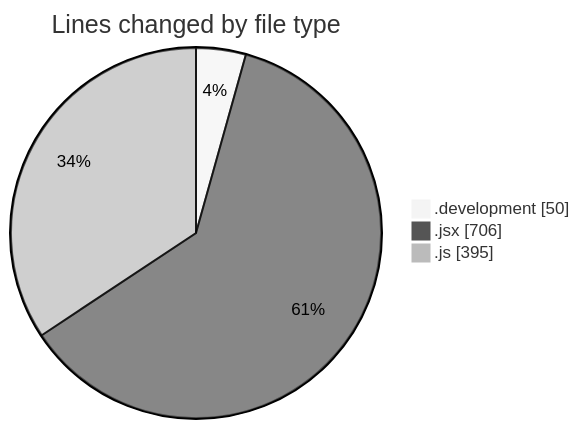
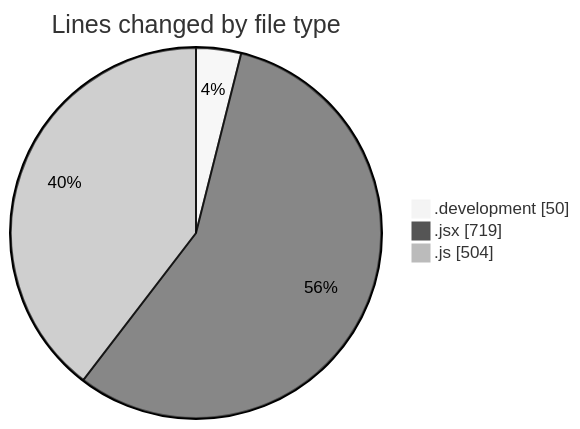
The first of 2 diagrams in 2025-12-25/nxtqube_webapp/README.md (nxtqubesakshisongat/code-tracking), drawn with Mermaid (neutral theme) before and after one commit. The commit also changed other lines of this file and 1 other file, not shown here.

````diff
--- a/2025-12-25/nxtqube_webapp/README.md
+++ b/2025-12-25/nxtqube_webapp/README.md
@@ -25,7 +26,7 @@
 ```mermaid
 pie showData
 title Lines changed by file type
 ".development" : 50
-".jsx" : 706
-".js" : 395
+".jsx" : 719
+".js" : 504
 ```
````
